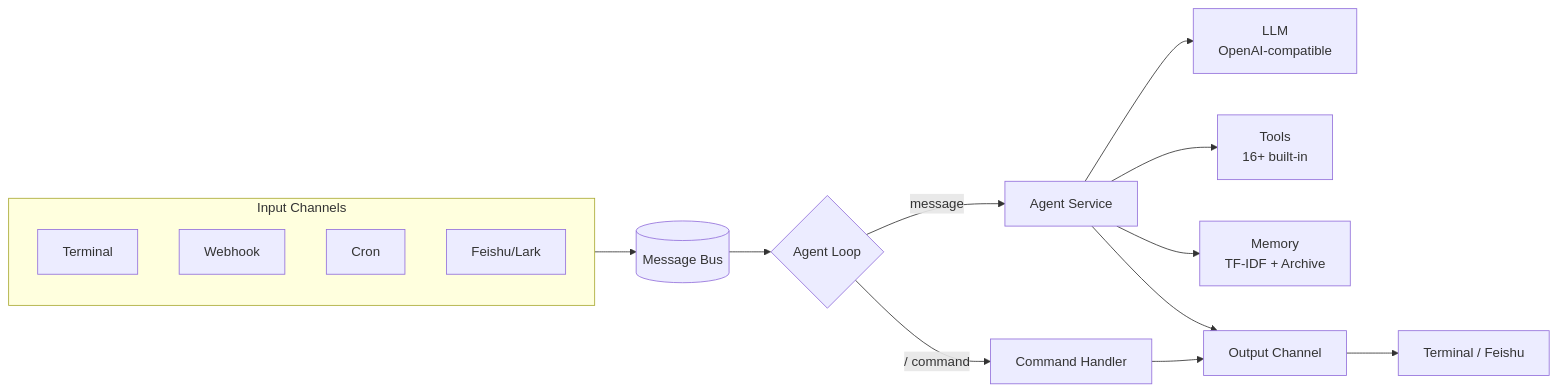
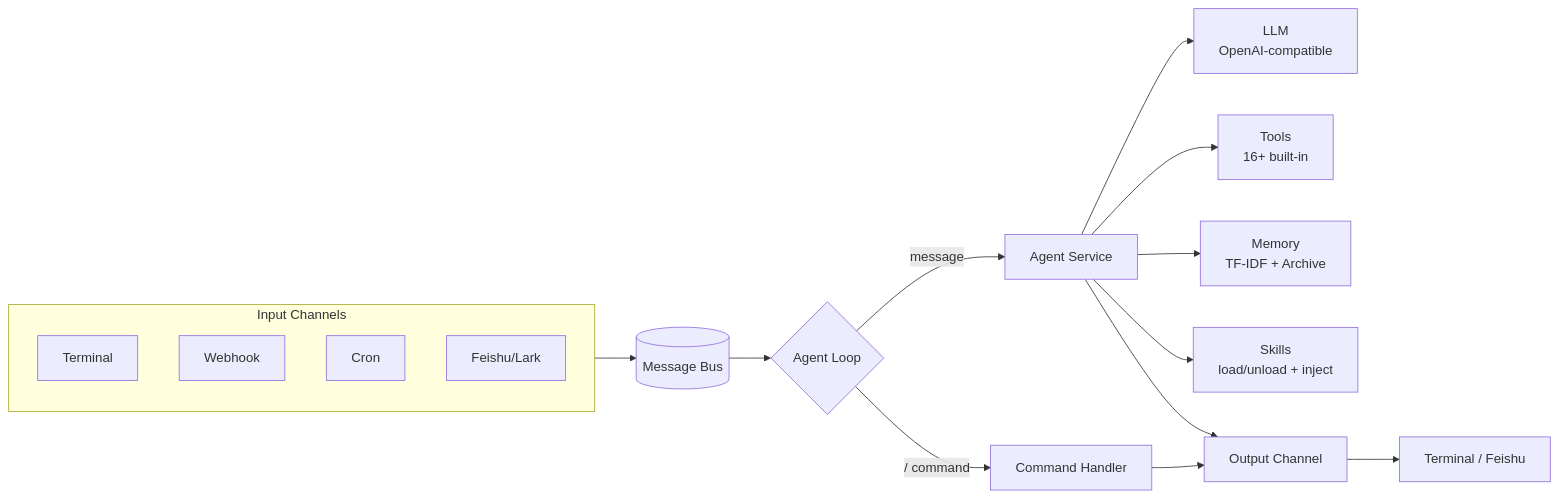
Before and after one commit to nl8590687/lemonclaw: the diagram in README.md, drawn with Mermaid. The commit also changed other lines of this file and 24 other files, not shown here.

````diff
--- a/README.md
+++ b/README.md
@@ -31,19 +32,20 @@
 ```mermaid
 flowchart LR
     subgraph Inputs[Input Channels]
         T[Terminal]
         W[Webhook]
         C[Cron]
         F[Feishu/Lark]
     end
     Inputs --> Bus[(Message Bus)]
     Bus --> Loop{Agent Loop}
     Loop -->|"/" command| Cmd[Command Handler]
     Loop -->|message| Agent[Agent Service]
     Agent --> LLM[LLM<br/>OpenAI-compatible]
     Agent --> Tools[Tools<br/>16+ built-in]
     Agent --> Mem[Memory<br/>TF-IDF + Archive]
+    Agent --> Skills[Skills<br/>load/unload + inject]
     Agent --> Out[Output Channel]
     Cmd --> Out
     Out --> Resp[Terminal / Feishu]
 ```
````
